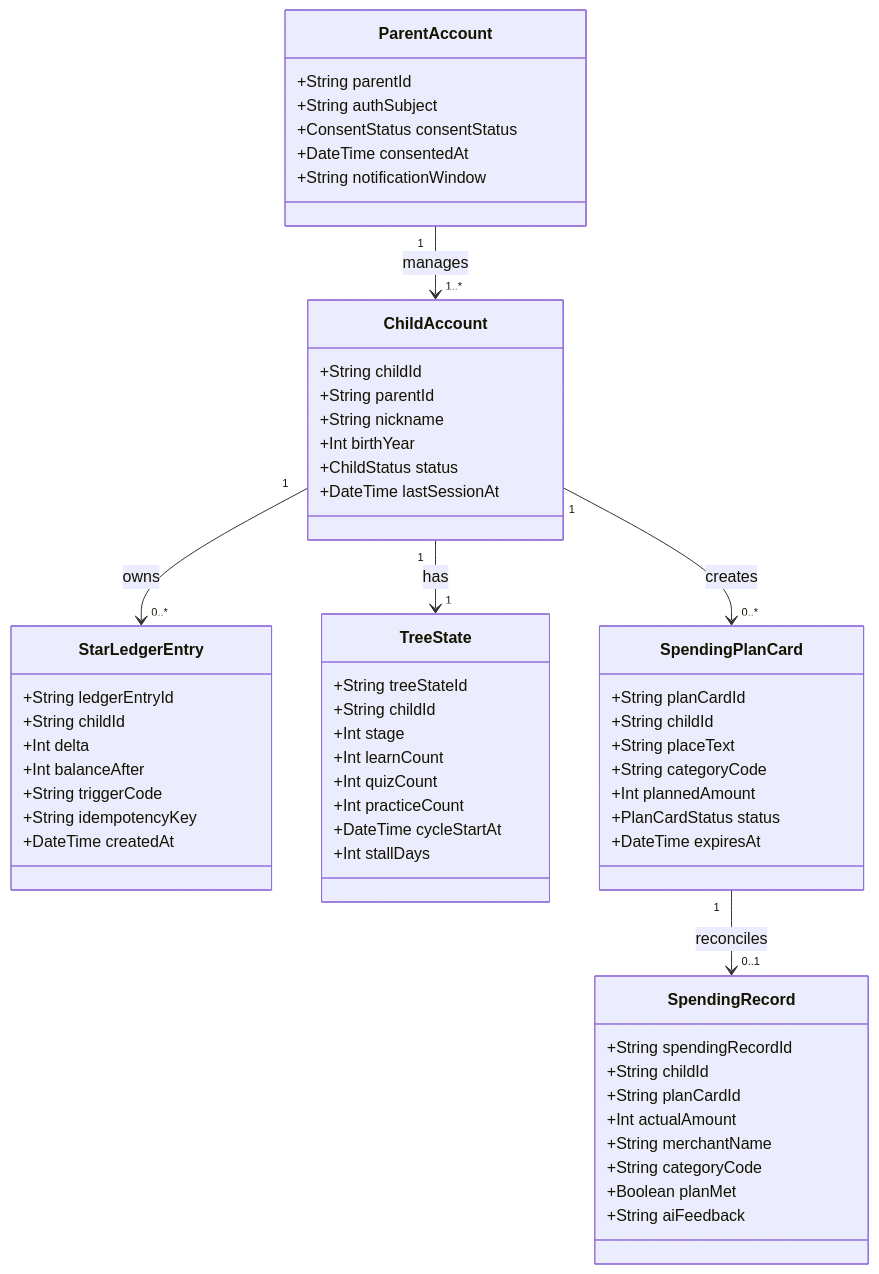
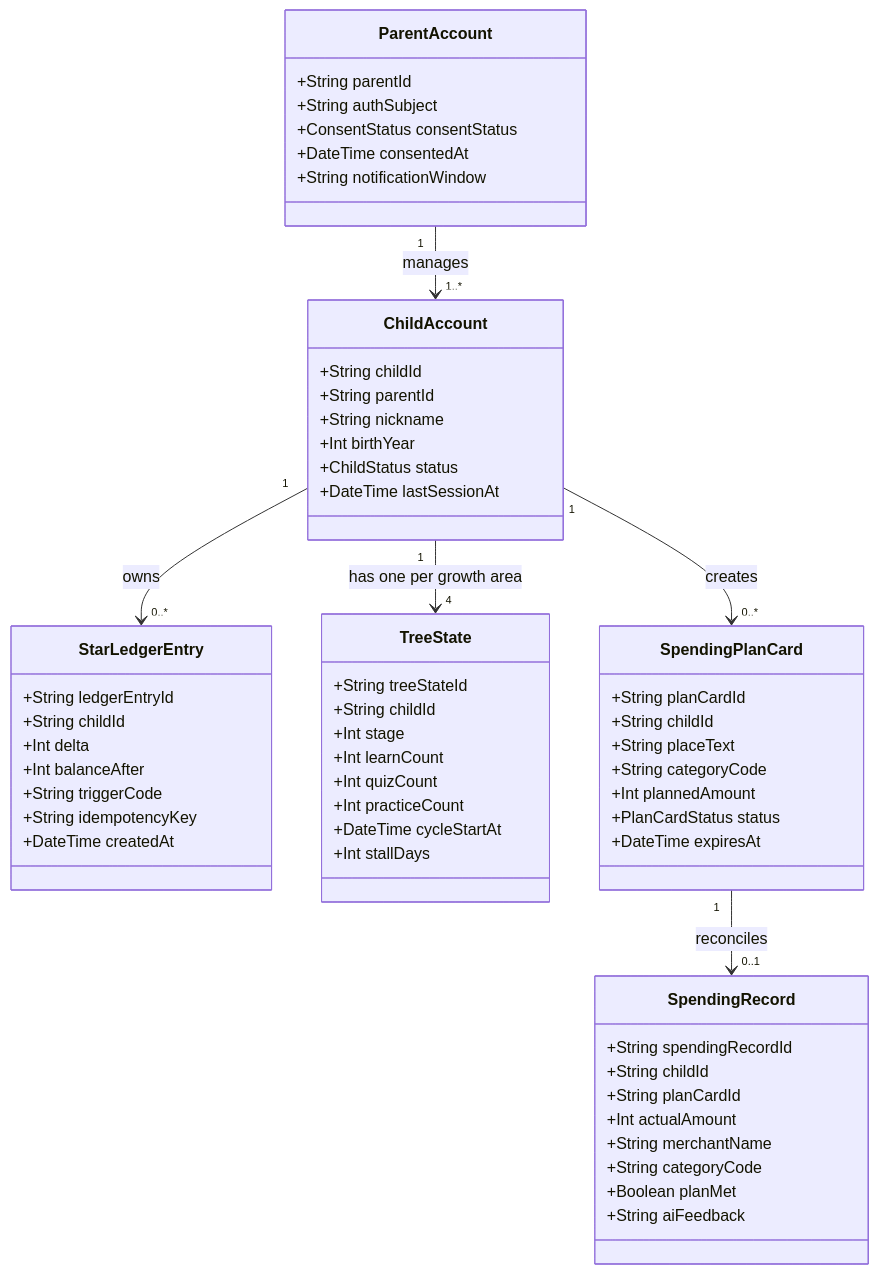
The eighth of 13 diagrams in docs/02-srs/srs.md (hayoungv/finfriends-prd-to-srs), drawn with Mermaid before and after one commit. The commit also changed other lines of this file and 20 other files, not shown here.

````diff
--- a/docs/02-srs/srs.md
+++ b/docs/02-srs/srs.md
@@ -497,67 +498,67 @@
 ```mermaid
 classDiagram
     class ParentAccount {
         +String parentId
         +String authSubject
         +ConsentStatus consentStatus
         +DateTime consentedAt
         +String notificationWindow
     }
 
     class ChildAccount {
         +String childId
         +String parentId
         +String nickname
         +Int birthYear
         +ChildStatus status
         +DateTime lastSessionAt
     }
 
     class StarLedgerEntry {
         +String ledgerEntryId
         +String childId
         +Int delta
         +Int balanceAfter
         +String triggerCode
         +String idempotencyKey
         +DateTime createdAt
     }
 
     class TreeState {
         +String treeStateId
         +String childId
         +Int stage
         +Int learnCount
         +Int quizCount
         +Int practiceCount
         +DateTime cycleStartAt
         +Int stallDays
     }
 
     class SpendingPlanCard {
         +String planCardId
         +String childId
         +String placeText
         +String categoryCode
         +Int plannedAmount
         +PlanCardStatus status
         +DateTime expiresAt
     }
 
     class SpendingRecord {
         +String spendingRecordId
         +String childId
         +String planCardId
         +Int actualAmount
         +String merchantName
         +String categoryCode
         +Boolean planMet
         +String aiFeedback
     }
 
     ParentAccount "1" --> "1..*" ChildAccount : manages
     ChildAccount "1" --> "0..*" StarLedgerEntry : owns
-    ChildAccount "1" --> "1" TreeState : has
+    ChildAccount "1" --> "4" TreeState : has one per growth area
     ChildAccount "1" --> "0..*" SpendingPlanCard : creates
     SpendingPlanCard "1" --> "0..1" SpendingRecord : reconciles
 ```
````
